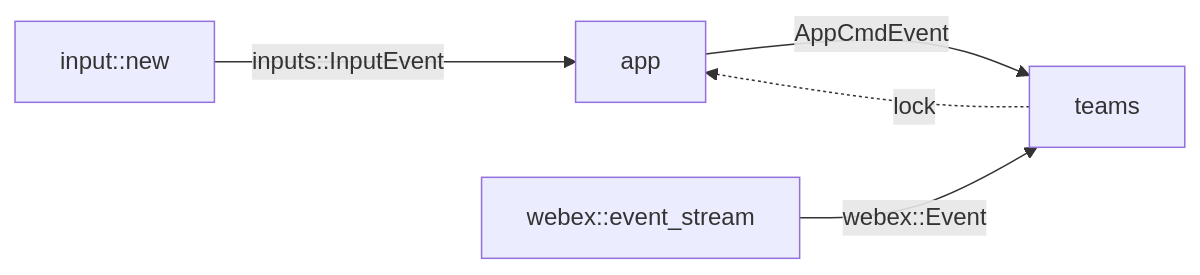
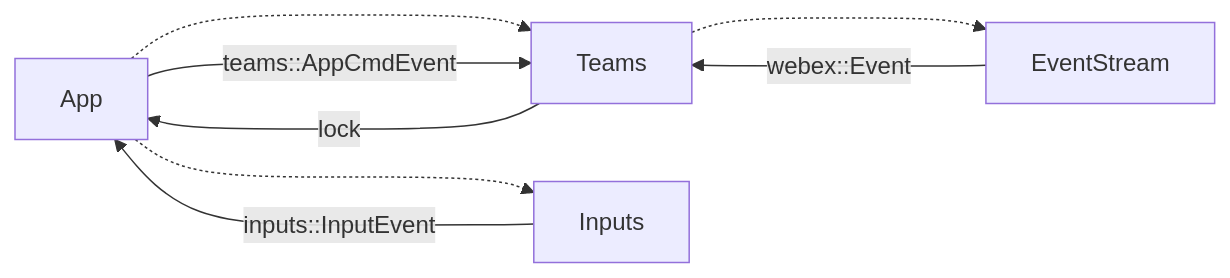
One commit to sgrimee/webex-tui changed the diagram in CONTRIBUTING.md. Above: the diagram before and after it, drawn with Mermaid. The commit also changed other lines of this file, not shown here.

````diff
--- a/CONTRIBUTING.md
+++ b/CONTRIBUTING.md
@@ -3,8 +6,12 @@
 ```mermaid
+
 graph LR
-   A[app] -- AppCmdEvent --> T[teams]
-   T -. lock .-> A
-   ES[webex::event_stream] -- webex::Event --> T
-   I[input::new] -- inputs::InputEvent --> A
+   App -..-> Teams & Inputs
+   Teams -..-> EventStream
+   
+   App -- teams::AppCmdEvent --> Teams
+   Teams -- lock --> App
+   EventStream -- webex::Event --> Teams
+   Inputs -- inputs::InputEvent --> App
 
 ```
````
